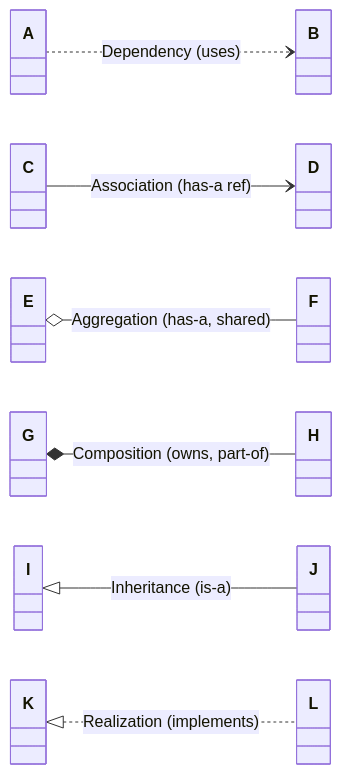
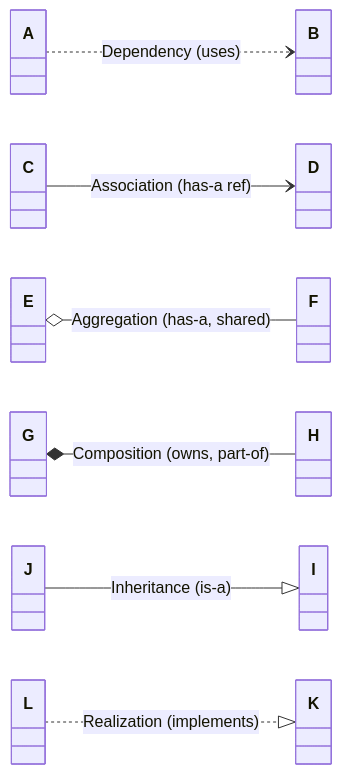
One commit to someshsangwan/SDE-Vault changed the third of 12 diagrams in 04_System-Design/LLD/03_UML&ClassDiagrams.md. Above: the diagram before and after it, drawn with Mermaid. The commit also changed other lines of this file, not shown here.

````diff
--- a/04_System-Design/LLD/03_UML&ClassDiagrams.md
+++ b/04_System-Design/LLD/03_UML&ClassDiagrams.md
@@ -77,22 +77,22 @@
 ```mermaid
 classDiagram
     direction LR
     class A
     class B
     A ..> B : Dependency (uses)
     class C
     class D
     C --> D : Association (has-a ref)
     class E
     class F
     E o-- F : Aggregation (has-a, shared)
     class G
     class H
     G *-- H : Composition (owns, part-of)
     class I
     class J
-    I <|-- J : Inheritance (is-a)
+    J --|> I : Inheritance (is-a)
     class K
     class L
-    K <|.. L : Realization (implements)
+    L ..|> K : Realization (implements)
 ```
````
